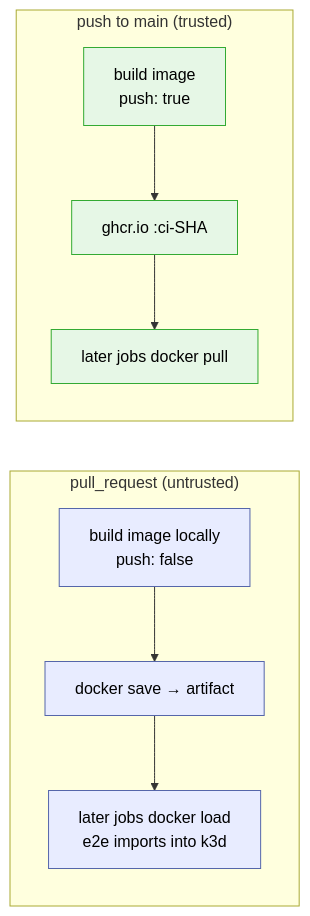
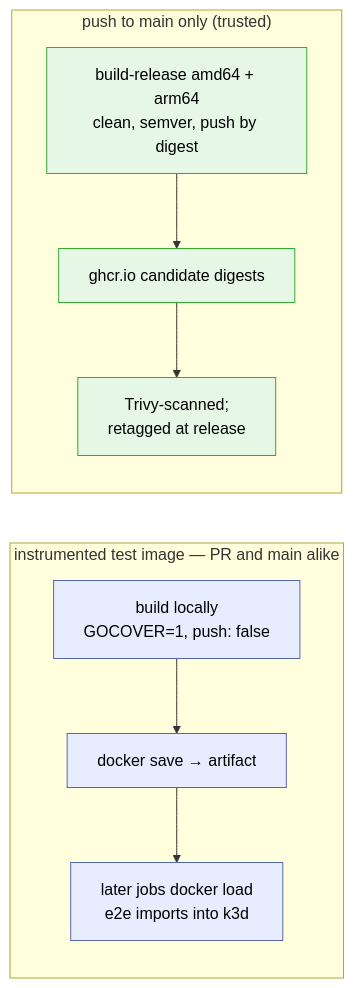
The diagram in docs/ci-overview.md (ConfigButler/gitops-reverser), drawn with Mermaid before and after one commit. The commit also changed other lines of this file and 4 other files, not shown here.

````diff
--- a/docs/ci-overview.md
+++ b/docs/ci-overview.md
@@ -40,15 +45,15 @@
 ```mermaid
 flowchart LR
   classDef pr fill:#e8ecff,stroke:#5566aa,color:#000;
   classDef trusted fill:#e6f7e6,stroke:#33aa33,color:#000;
 
-  subgraph PR["pull_request (untrusted)"]
-    B1["build image locally<br/>push: false"]:::pr --> A1["docker save → artifact"]:::pr
+  subgraph BOTH["instrumented test image — PR and main alike"]
+    B1["build locally<br/>GOCOVER=1, push: false"]:::pr --> A1["docker save → artifact"]:::pr
     A1 --> C1["later jobs docker load<br/>e2e imports into k3d"]:::pr
   end
 
-  subgraph MAIN["push to main (trusted)"]
-    B2["build image<br/>push: true"]:::trusted --> R2["ghcr.io :ci-SHA"]:::trusted
-    R2 --> C2["later jobs docker pull"]:::trusted
+  subgraph MAIN["push to main only (trusted)"]
+    B2["build-release amd64 + arm64<br/>clean, semver, push by digest"]:::trusted --> R2["ghcr.io candidate digests"]:::trusted
+    R2 --> S2["Trivy-scanned;<br/>retagged at release"]:::trusted
   end
 ```
````
